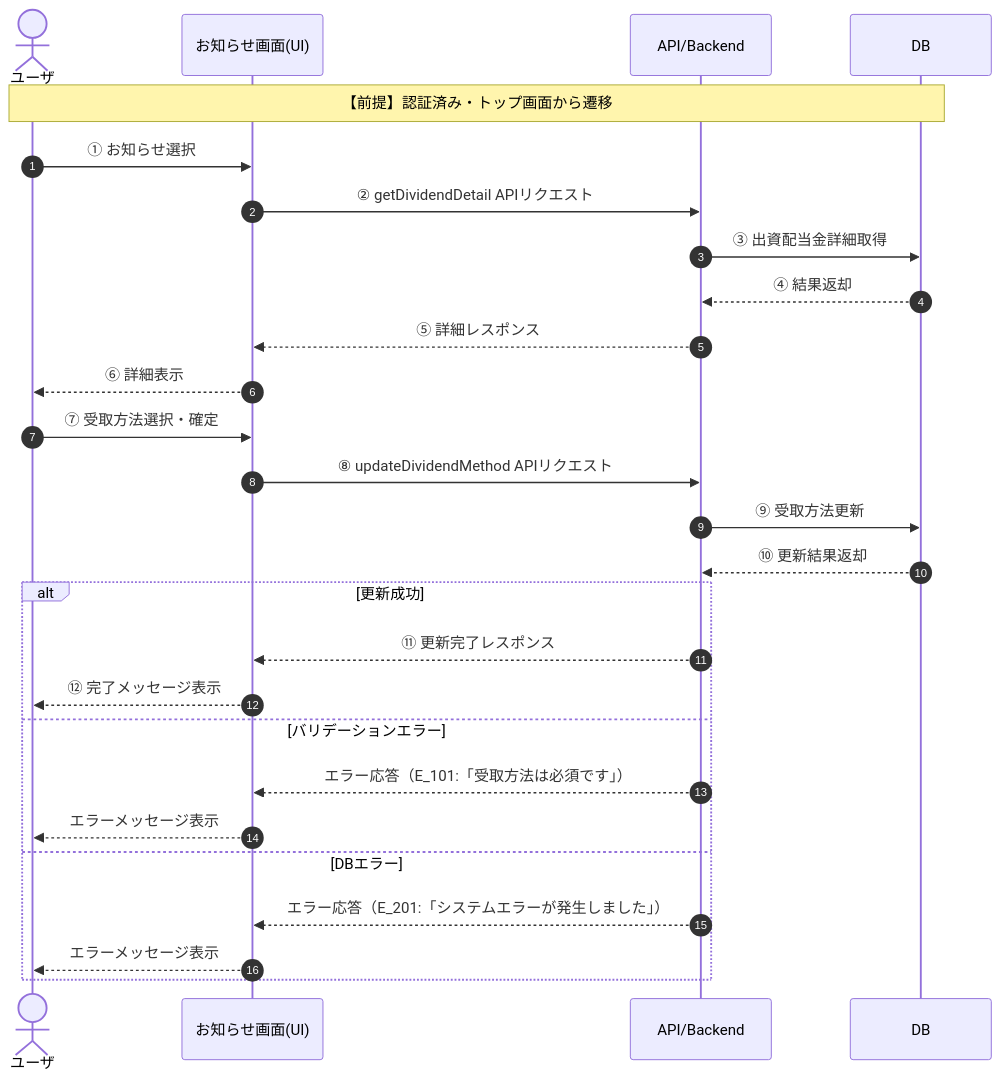
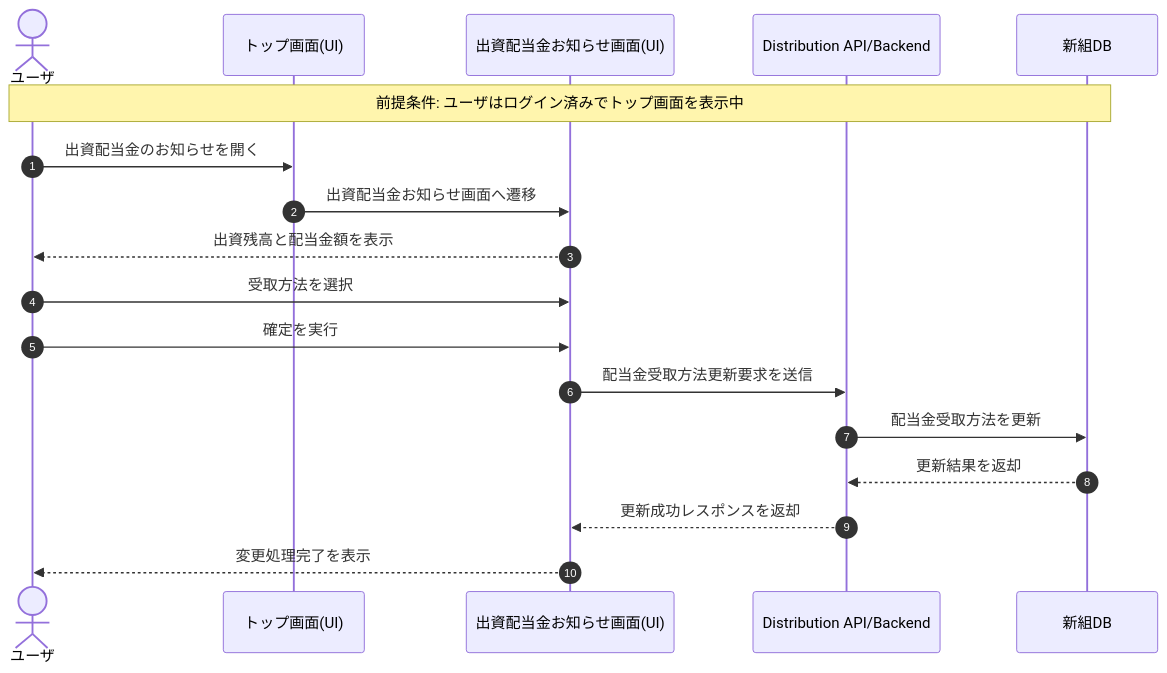
Before and after one commit to shimizuk-nttdatatohoku/genai_in_business: the third of 4 diagrams in docs/ED/product/sequence_diagram.md, drawn with Mermaid. The commit also changed other lines of this file, not shown here.

````diff
--- a/docs/ED/product/sequence_diagram.md
+++ b/docs/ED/product/sequence_diagram.md
@@ -66,32 +61,22 @@
 ```mermaid
 sequenceDiagram
     autonumber
     actor User as ユーザ
-    participant UI as お知らせ画面(UI)
-    participant API as API/Backend
-    participant DB as DB
+    participant TopUI as トップ画面(UI)
+    participant NoticeUI as 出資配当金お知らせ画面(UI)
+    participant API as Distribution API/Backend
+    participant DB as 新組DB
 
-    Note over User,DB: 【前提】認証済み・トップ画面から遷移
+    Note over User,DB: 前提条件: ユーザはログイン済みでトップ画面を表示中
 
-    User->>UI: ① お知らせ選択
-    UI->>API: ② getDividendDetail APIリクエスト
-    API->>DB: ③ 出資配当金詳細取得
-    DB-->>API: ④ 結果返却
-    API-->>UI: ⑤ 詳細レスポンス
-    UI-->>User: ⑥ 詳細表示
-
-    User->>UI: ⑦ 受取方法選択・確定
-    UI->>API: ⑧ updateDividendMethod APIリクエスト
-    API->>DB: ⑨ 受取方法更新
-    DB-->>API: ⑩ 更新結果返却
-    alt 更新成功
-        API-->>UI: ⑪ 更新完了レスポンス
-        UI-->>User: ⑫ 完了メッセージ表示
-    else バリデーションエラー
-        API-->>UI: エラー応答（E_101:「受取方法は必須です」）
-        UI-->>User: エラーメッセージ表示
-    else DBエラー
-        API-->>UI: エラー応答（E_201:「システムエラーが発生しました」）
-        UI-->>User: エラーメッセージ表示
-    end
+    User->>TopUI: 出資配当金のお知らせを開く
+    TopUI->>NoticeUI: 出資配当金お知らせ画面へ遷移
+    NoticeUI-->>User: 出資残高と配当金額を表示
+    User->>NoticeUI: 受取方法を選択
+    User->>NoticeUI: 確定を実行
+    NoticeUI->>API: 配当金受取方法更新要求を送信
+    API->>DB: 配当金受取方法を更新
+    DB-->>API: 更新結果を返却
+    API-->>NoticeUI: 更新成功レスポンスを返却
+    NoticeUI-->>User: 変更処理完了を表示
 ```
````
